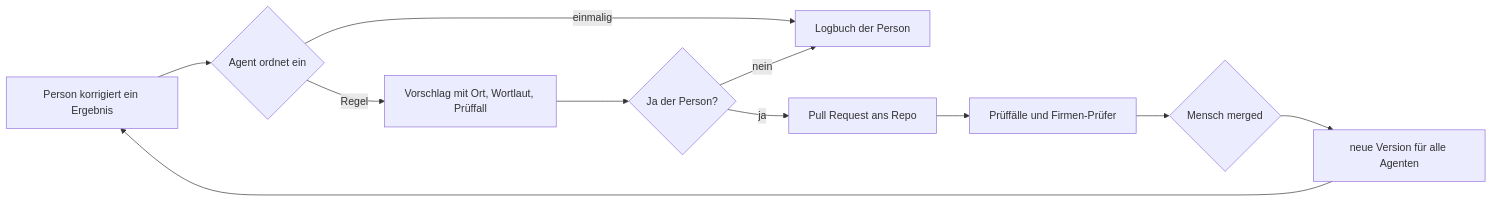
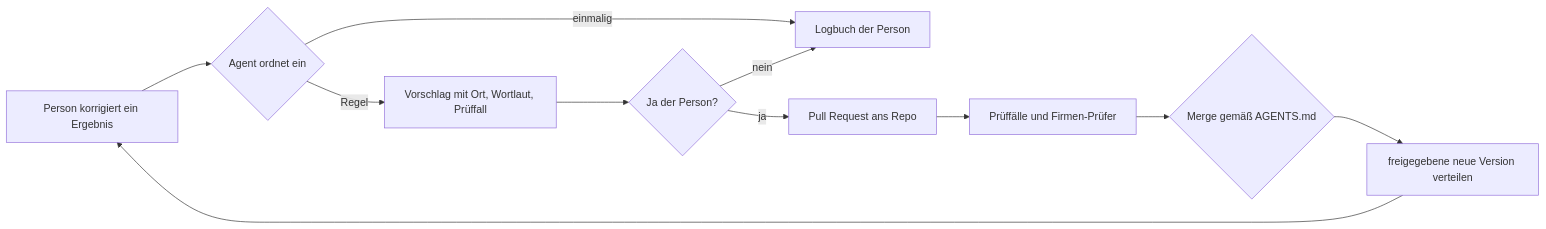
Before and after one commit to enving/kobetriebssystem: the diagram in README.md, drawn with Mermaid. The commit also changed other lines of this file and 73 other files, not shown here.

````diff
--- a/README.md
+++ b/README.md
@@ -24,13 +34,13 @@
 ```mermaid
 flowchart LR
   A[Person korrigiert ein Ergebnis] --> B{Agent ordnet ein}
   B -->|einmalig| C[Logbuch der Person]
   B -->|Regel| D[Vorschlag mit Ort, Wortlaut, Prüffall]
   D --> E{Ja der Person?}
   E -->|nein| C
   E -->|ja| F[Pull Request ans Repo]
   F --> G[Prüffälle und Firmen-Prüfer]
-  G --> H{Mensch merged}
-  H --> I[neue Version für alle Agenten]
+  G --> H{Merge gemäß AGENTS.md}
+  H --> I[freigegebene neue Version verteilen]
   I --> A
 ```
````
